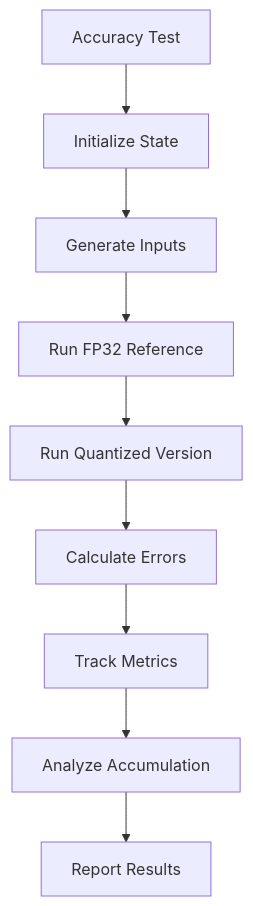
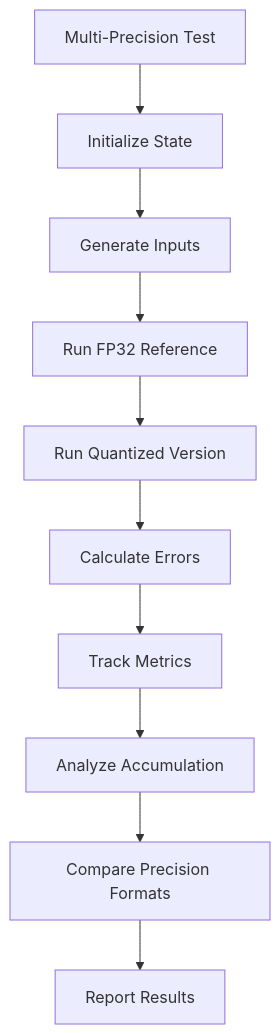
The ninth of 9 diagrams in .qoder/repowiki/en/content/Testing Debugging Framework.md (gugudeshubao/flashinfer-bench-tma-thrust), drawn with Mermaid before and after one commit. The commit also changed other lines of this file and 4 other files, not shown here.

First line of the commit message:
refactor: Rename test_fp8_accuracy.py to test_quantization_accuracy.py

````diff
--- a/.qoder/repowiki/en/content/Testing Debugging Framework.md
+++ b/.qoder/repowiki/en/content/Testing Debugging Framework.md
@@ -410,11 +417,12 @@
 ```mermaid
 flowchart TD
-A[Accuracy Test] --> B[Initialize State]
+A[Multi-Precision Test] --> B[Initialize State]
 B --> C[Generate Inputs]
 C --> D[Run FP32 Reference]
 D --> E[Run Quantized Version]
 E --> F[Calculate Errors]
 F --> G[Track Metrics]
 G --> H[Analyze Accumulation]
-H --> I[Report Results]
+H --> I[Compare Precision Formats]
+I --> J[Report Results]
 ```
````
